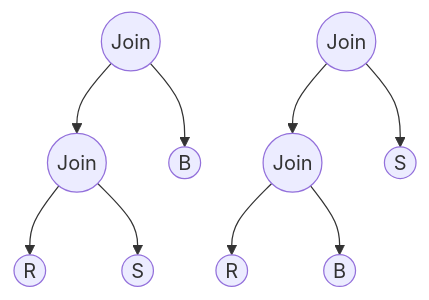
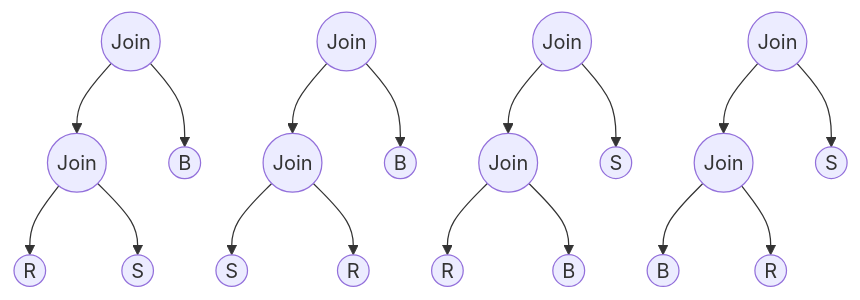
One commit to bbawj/note-vault changed the diagram in Notes/Query Optimisation.md. Above: the diagram before and after it, drawn with Mermaid. The commit also changed other lines of this file, not shown here.

````diff
--- a/Notes/Query Optimisation.md
+++ b/Notes/Query Optimisation.md
@@ -203,12 +205,22 @@
 ```mermaid
 graph TB
 	J4((Join))-->J5((Join))
 	J4-->B2((B))
 	J5-->R2((R))
 	J5-->S((S))
 	
+	J1((Join))-->J2((Join))
+	J1-->B1((B))
+	J2-->S1((S))
+	J2-->R1((R))
+	
 	J6((Join))-->J7((Join))
 	J6-->S2((S))
 	J7-->R3((R))
 	J7-->B3((B))
+	
+	J8((Join))-->J9((Join))
+	J8-->S3((S))
+	J9-->B4((B))
+	J9-->R4((R))
 ```
````
